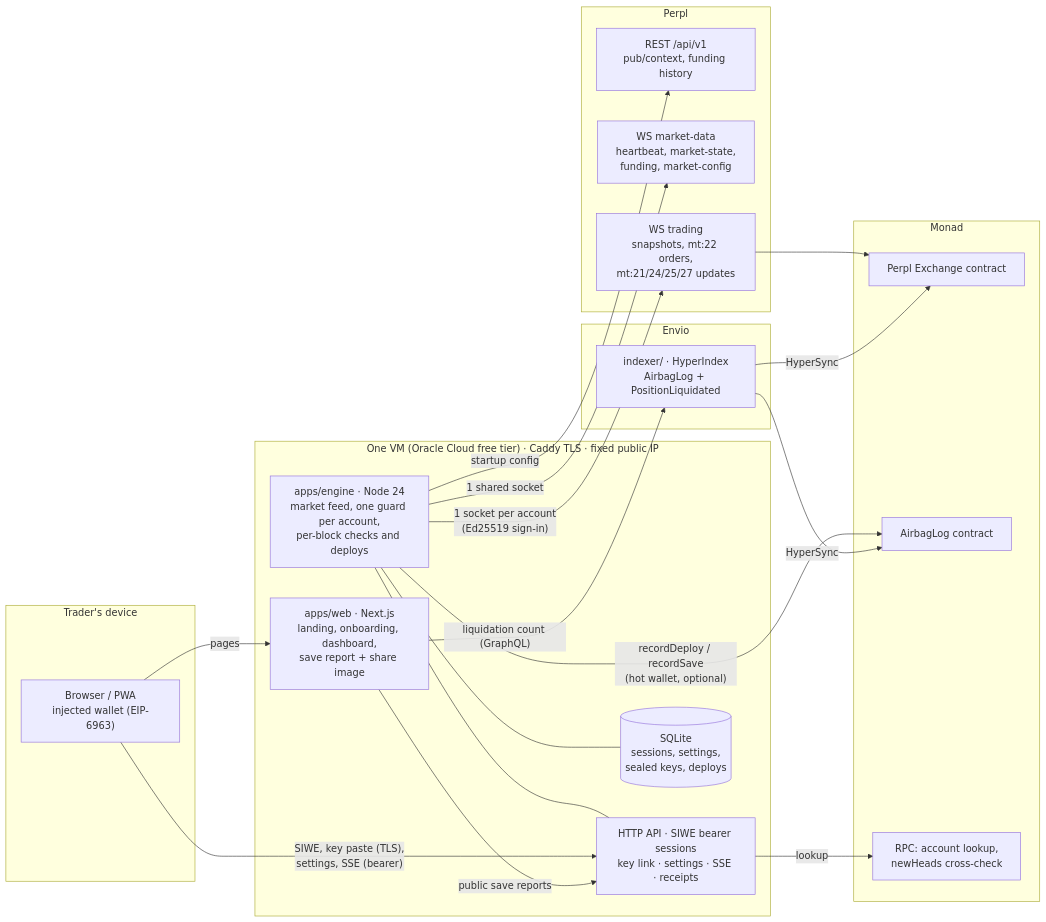
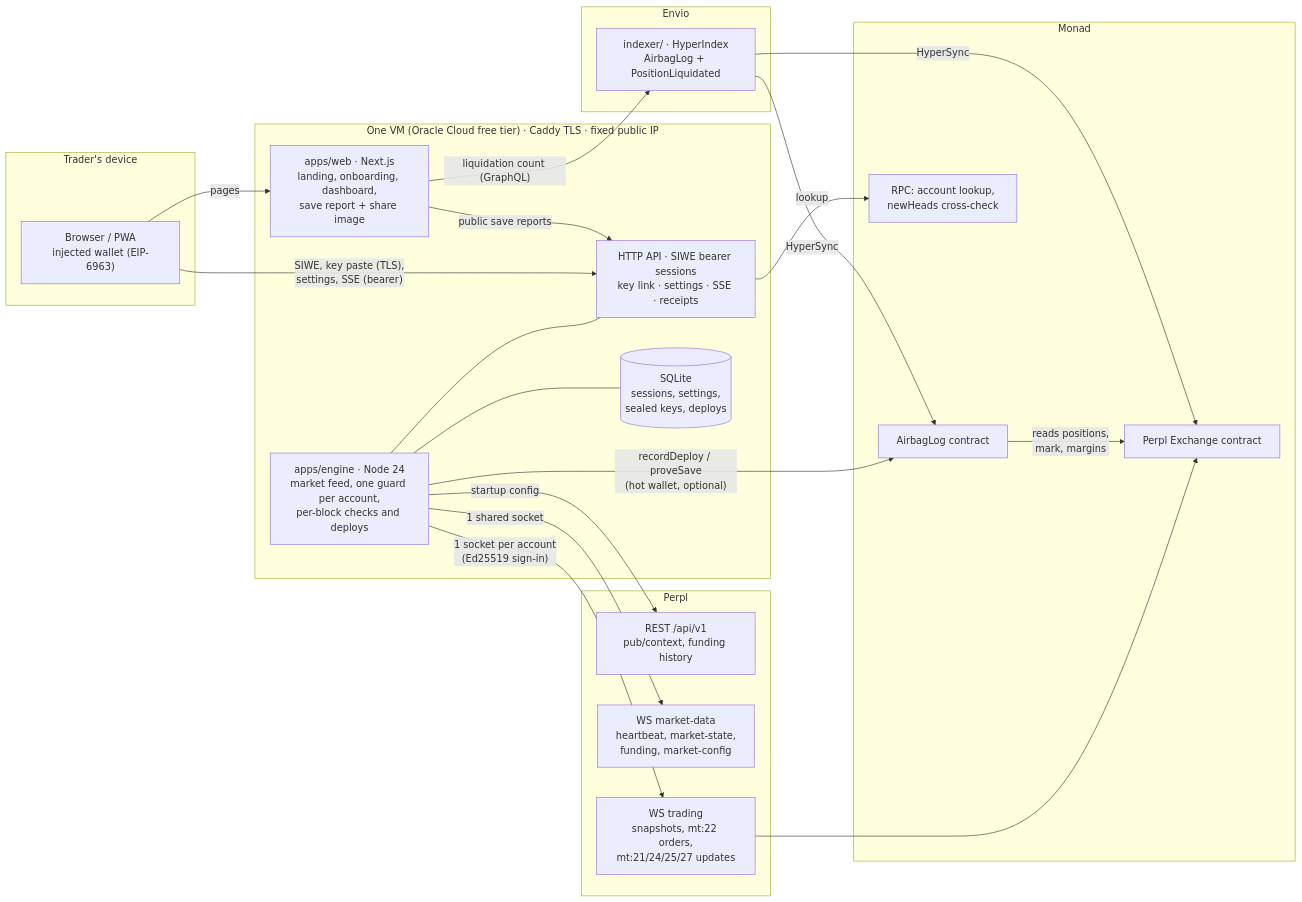
The first of 2 diagrams in docs/ARCHITECTURE.md (0xuser64bit/airbag), drawn with Mermaid before and after one commit. The commit also changed other lines of this file and 9 other files, not shown here.

````diff
--- a/docs/ARCHITECTURE.md
+++ b/docs/ARCHITECTURE.md
@@ -11,44 +11,45 @@
 ```mermaid
 flowchart LR
   subgraph User["Trader's device"]
     B["Browser / PWA<br/>injected wallet (EIP-6963)"]
   end
 
   subgraph VM["One VM (Oracle Cloud free tier) · Caddy TLS · fixed public IP"]
     W["apps/web · Next.js<br/>landing, onboarding, dashboard,<br/>save report + share image"]
     E["apps/engine · Node 24<br/>market feed, one guard per account,<br/>per-block checks and deploys"]
     API["HTTP API · SIWE bearer sessions<br/>key link · settings · SSE · receipts"]
     DB[("SQLite<br/>sessions, settings,<br/>sealed keys, deploys")]
     E --- API
     E --- DB
   end
 
   subgraph Perpl
     PR["REST /api/v1<br/>pub/context, funding history"]
     MD["WS market-data<br/>heartbeat, market-state,<br/>funding, market-config"]
     TR["WS trading<br/>snapshots, mt:22 orders,<br/>mt:21/24/25/27 updates"]
   end
 
   subgraph Monad
     EX["Perpl Exchange contract"]
     LOG["AirbagLog contract"]
     RPC["RPC: account lookup,<br/>newHeads cross-check"]
   end
 
   subgraph Envio
     IDX["indexer/ · HyperIndex<br/>AirbagLog + PositionLiquidated"]
   end
 
   B -- "pages" --> W
   B -- "SIWE, key paste (TLS),<br/>settings, SSE (bearer)" --> API
   W -- "public save reports" --> API
   W -- "liquidation count (GraphQL)" --> IDX
   E -- "startup config" --> PR
   E -- "1 shared socket" --> MD
   E -- "1 socket per account<br/>(Ed25519 sign-in)" --> TR
   TR --> EX
-  E -- "recordDeploy / recordSave<br/>(hot wallet, optional)" --> LOG
+  E -- "recordDeploy / proveSave<br/>(hot wallet, optional)" --> LOG
+  LOG -- "reads positions,<br/>mark, margins" --> EX
   API -- "lookup" --> RPC
   IDX -- "HyperSync" --> EX
   IDX -- "HyperSync" --> LOG
 ```
````
